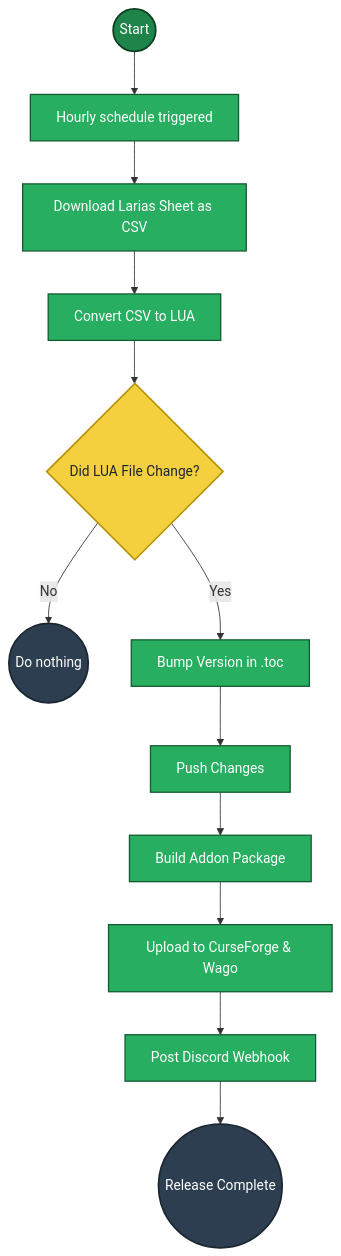
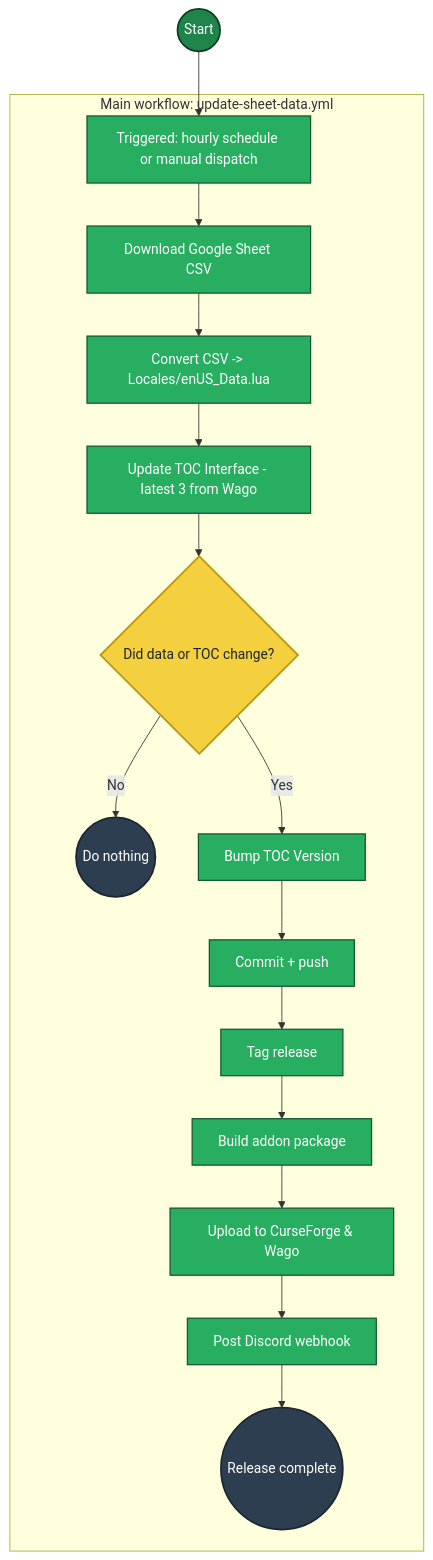
One commit to Devbezos/Larias-Weekly-Checklist changed the diagram in README.md. Above: the diagram before and after it, drawn with Mermaid. The commit also changed 7 other files, not shown here.

````diff
--- a/README.md
+++ b/README.md
@@ -1,28 +1,34 @@
 ```mermaid
 flowchart TD
 
     A((Start)):::start
-    B[Hourly schedule triggered]:::process
-    E[Download Larias Sheet as CSV]:::process
-    F[Convert CSV to LUA]:::process
-    G{Did LUA File Change?}:::decision
 
-    H((Do nothing)):::finish
-    I[Bump Version in .toc]:::process
-    J[Push Changes]:::process
-    L[Build Addon Package]:::process
-    M[Upload to CurseForge & Wago]:::process
-    O[Post Discord Webhook]:::process
-    P((Release Complete)):::finish
+    subgraph MAIN[Main workflow: update-sheet-data.yml]
+        B[Triggered: hourly schedule or manual dispatch]:::process
+        E[Download Google Sheet CSV]:::process
+        F[Convert CSV -> Locales/enUS_Data.lua]:::process
+        W[Update TOC Interface - latest 3 from Wago]:::process
+        G{Did data or TOC change?}:::decision
+        H((Do nothing)):::finish
+        I[Bump TOC Version]:::process
+        J[Commit + push]:::process
+        K[Tag release]:::process
+        L[Build addon package]:::process
+        M[Upload to CurseForge & Wago]:::process
+        O[Post Discord webhook]:::process
+        P((Release complete)):::finish
 
-    A --> B --> E --> F --> G
-    G -- No --> H
-    G -- Yes --> I --> J --> L --> M --> O --> P
+        B --> E --> F --> W --> G
+        G -- No --> H
+        G -- Yes --> I --> J --> K --> L --> M --> O --> P
+    end
+
+    A --> B
 
 classDef start fill:#1E8449,color:#FFFFFF,stroke:#0B3D1F,stroke-width:2px;
 classDef process fill:#27AE60,color:#FFFFFF,stroke:#145A32,stroke-width:1.5px;
 classDef decision fill:#F4D03F,color:#1B2631,stroke:#B7950B,stroke-width:2px;
 classDef finish fill:#2C3E50,color:#FFFFFF,stroke:#1B2631,stroke-width:2px;
 
 
 ```
````
